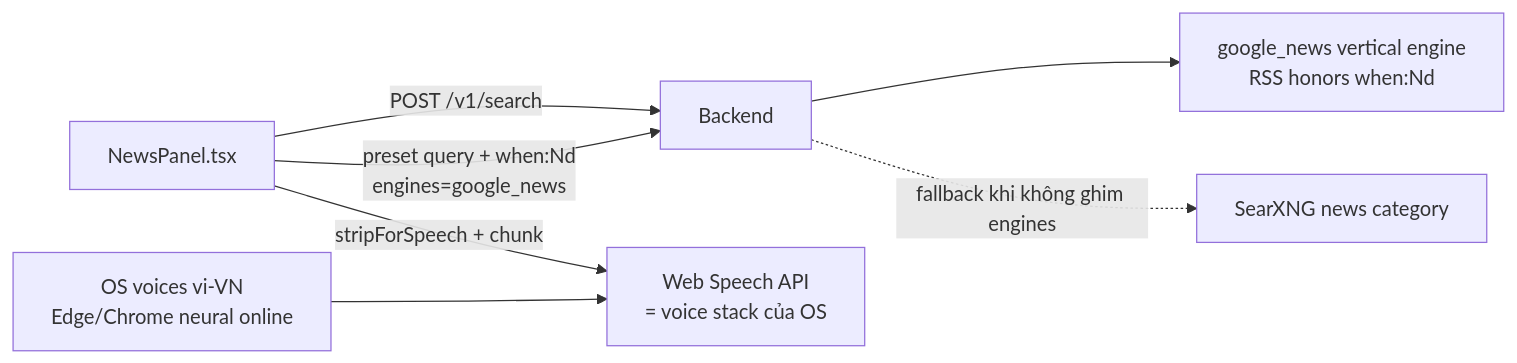
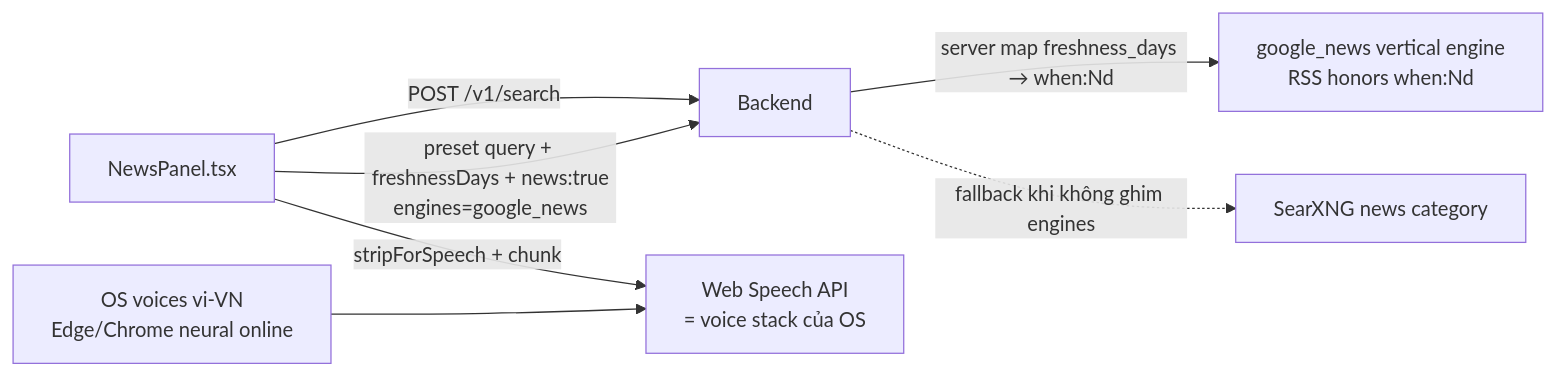
Before and after one commit to hunglinhpt/MetaSearch: the diagram in docs/16-web-ui-news-tts.md, drawn with Mermaid. The commit also changed other lines of this file and 15 other files, not shown here.

````diff
--- a/docs/16-web-ui-news-tts.md
+++ b/docs/16-web-ui-news-tts.md
@@ -10,9 +10,9 @@
 ```mermaid
 flowchart LR
     UI[NewsPanel.tsx] -->|POST /v1/search| API[Backend]
-    UI -->|preset query + when:Nd<br/>engines=google_news| API
-    API --> GN[google_news vertical engine<br/>RSS honors when:Nd]
+    UI -->|preset query + freshnessDays + news:true<br/>engines=google_news| API
+    API -->|server map freshness_days → when:Nd| GN[google_news vertical engine<br/>RSS honors when:Nd]
     API -.->|fallback khi không ghim engines| SX[SearXNG news category]
     UI -->|stripForSpeech + chunk| TTS[Web Speech API<br/>= voice stack của OS]
     OS[OS voices vi-VN<br/>Edge/Chrome neural online] --> TTS
 ```
````
